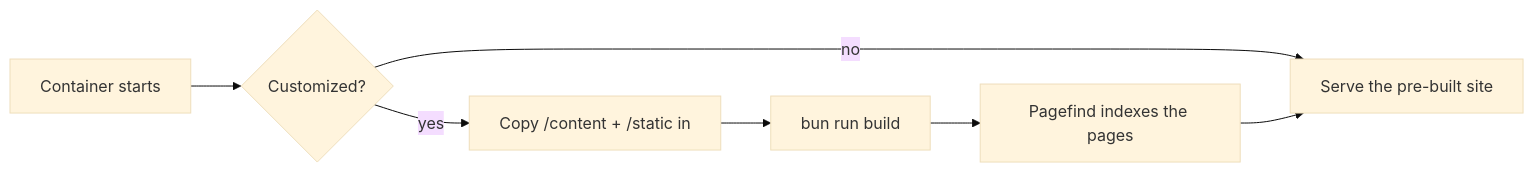
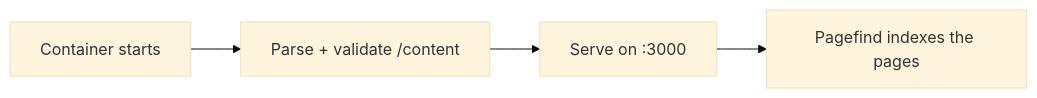
Before and after one commit to manchtools/open-docs: the diagram in src/content/05-deploying/01-docker-de.md, drawn with Mermaid (base theme). The commit also changed other lines of this file and 56 other files, not shown here.

````diff
--- a/src/content/05-deploying/01-docker-de.md
+++ b/src/content/05-deploying/01-docker-de.md
@@ -48,9 +48,6 @@
 ```mermaid
 flowchart LR
-  A[Container starts] --> B{Customized?}
-  B -- no --> S[Serve the pre-built site]
-  B -- yes --> C[Copy /content + /static in]
-  C --> D[bun run build]
-  D --> E[Pagefind indexes the pages]
-  E --> S
+  A[Container starts] --> B[Parse + validate /content]
+  B --> C[Serve on :3000]
+  C --> D[Pagefind indexes the pages]
 ```
````
